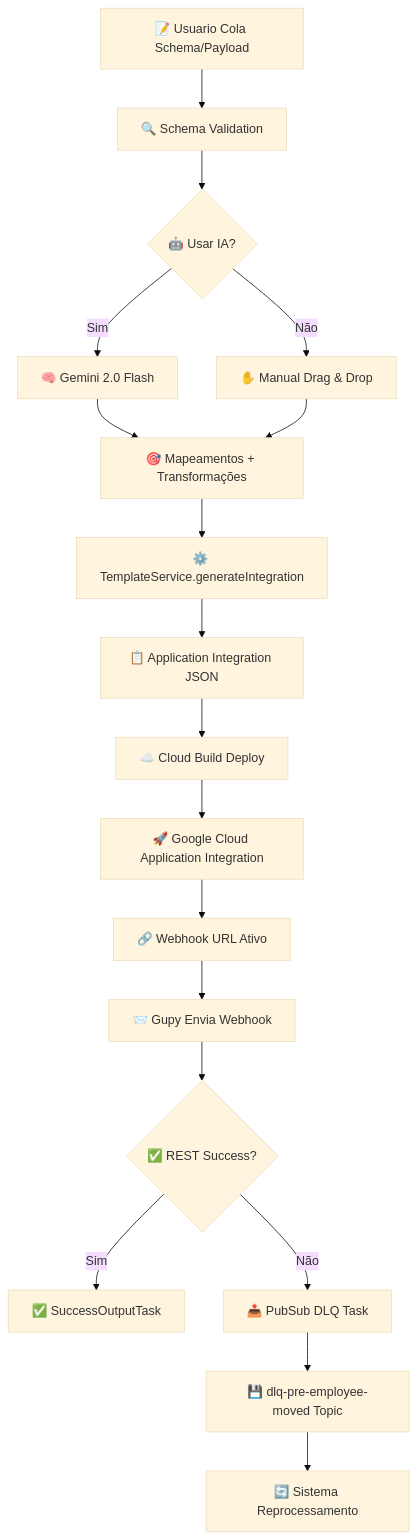
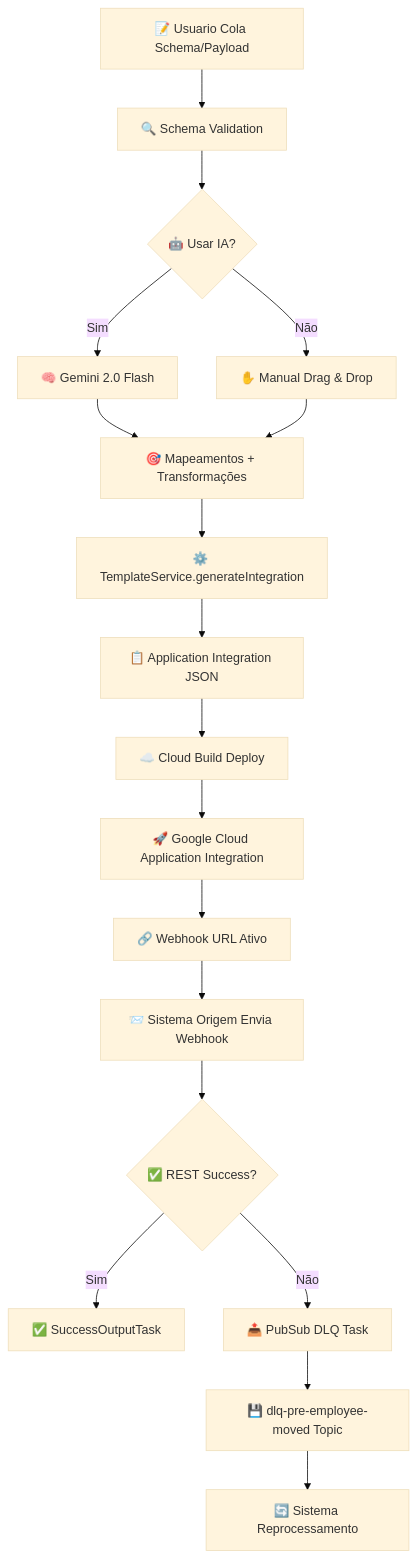
One commit to IagoLeoni/mapping-builder-for-app-integration changed the diagram in README.md. Above: the diagram before and after it, drawn with Mermaid (base theme). The commit also changed other lines of this file and 12 other files, not shown here.

````diff
--- a/README.md
+++ b/README.md
@@ -57,27 +57,27 @@
 ```mermaid
 graph TD
     A[📝 Usuario Cola Schema/Payload] --> B[🔍 Schema Validation]
     B --> C{🤖 Usar IA?}
     
     C -->|Sim| D[🧠 Gemini 2.0 Flash]
     C -->|Não| E[✋ Manual Drag & Drop]
     
     D --> F[🎯 Mapeamentos + Transformações]
     E --> F
     
     F --> G[⚙️ TemplateService.generateIntegration]
     G --> H[📋 Application Integration JSON]
     
     H --> I[☁️ Cloud Build Deploy]
     I --> J[🚀 Google Cloud Application Integration]
     
     J --> K[🔗 Webhook URL Ativo]
-    K --> L[📨 Gupy Envia Webhook]
+    K --> L[📨 Sistema Origem Envia Webhook]
     
     L --> M{✅ REST Success?}
     M -->|Sim| N[✅ SuccessOutputTask]
     M -->|Não| O[📤 PubSub DLQ Task]
     
     O --> P[💾 dlq-pre-employee-moved Topic]
     P --> Q[🔄 Sistema Reprocessamento]
 ```
````
